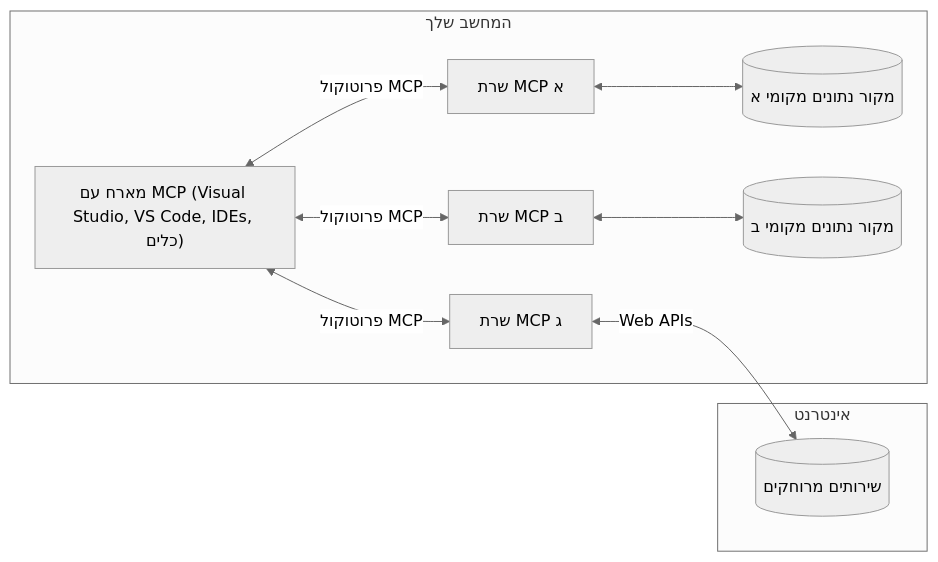
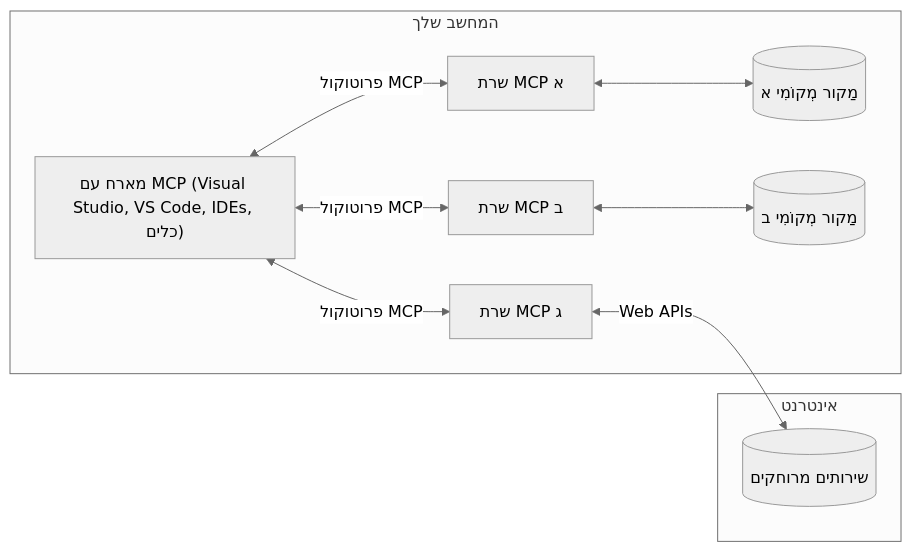
One commit to Mu-L/mcp-for-beginners changed the diagram in translations/he/01-CoreConcepts/README.md. Above: the diagram before and after it, drawn with Mermaid (neutral theme). The commit also changed other lines of this file and 5 other files, not shown here.

````diff
--- a/translations/he/01-CoreConcepts/README.md
+++ b/translations/he/01-CoreConcepts/README.md
@@ -45,17 +45,17 @@
 ```mermaid
 flowchart LR
     subgraph "המחשב שלך"
         Host["מארח עם MCP (Visual Studio, VS Code, IDEs, כלים)"]
         S1["שרת MCP א"]
         S2["שרת MCP ב"]
         S3["שרת MCP ג"]
         Host <-->|"פרוטוקול MCP"| S1
         Host <-->|"פרוטוקול MCP"| S2
         Host <-->|"פרוטוקול MCP"| S3
-        S1 <--> D1[("מקור נתונים מקומי א")]
-        S2 <--> D2[("מקור נתונים מקומי ב")]
+        S1 <--> D1[("מַקור מְקוֹמִי א")]
+        S2 <--> D2[("מַקור מְקוֹמִי ב")]
     end
     subgraph "אינטרנט"
         S3 <-->|"Web APIs"| D3[("שירותים מרוחקים")]
     end
-```
+```  
````
